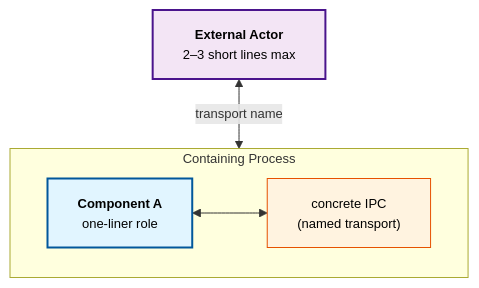
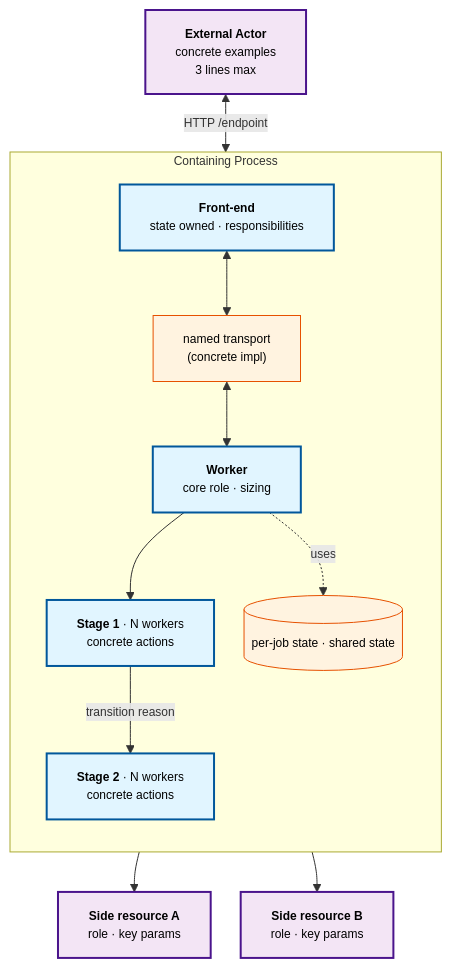
Before and after one commit to shikicloud/MLSys: the diagram in skills/wiki-format-skill/SKILL.md, drawn with Mermaid. The commit also changed other lines of this file and 4 other files, not shown here.

````diff
--- a/skills/wiki-format-skill/SKILL.md
+++ b/skills/wiki-format-skill/SKILL.md
@@ -557,17 +561,32 @@
 ```mermaid
-%%{init: {"flowchart": {"nodeSpacing": 40, "rankSpacing": 50}, "themeVariables": {"fontSize": "13px"}}}%%
+%%{init: {"flowchart": {"nodeSpacing": 30, "rankSpacing": 40}, "themeVariables": {"fontSize": "12px"}}}%%
 flowchart TB
     classDef ext fill:#f3e5f5,stroke:#4a148c,stroke-width:2px,color:#000
     classDef svc fill:#e1f5ff,stroke:#01579b,stroke-width:2px,color:#000
     classDef state fill:#fff3e0,stroke:#e65100,stroke-width:1px,color:#000
 
-    Trainer["<b>External Actor</b><br/>2–3 short lines max"]:::ext
+    Trainer["<b>External Actor</b><br/>concrete examples<br/>3 lines max"]:::ext
 
     subgraph Server["Containing Process"]
-        Component1["<b>Component A</b><br/>one-liner role"]:::svc
-        Component2["concrete IPC<br/>(named transport)"]:::state
-        Component1 <--> Component2
+        direction TB
+        FrontEnd["<b>Front-end</b><br/>state owned · responsibilities"]:::svc
+        IPC["named transport<br/>(concrete impl)"]:::state
+        Worker["<b>Worker</b><br/>core role · sizing"]:::svc
+        Stage1["<b>Stage 1</b> · N workers<br/>concrete actions"]:::svc
+        Stage2["<b>Stage 2</b> · N workers<br/>concrete actions"]:::svc
+        State[("per-job state · shared state")]:::state
+
+        FrontEnd <--> IPC
+        IPC <--> Worker
+        Worker --> Stage1
+        Stage1 -->|"transition reason"| Stage2
+        Worker -.uses.-> State
     end
 
-    Trainer <-->|"transport name"| Server
+    SideResource1["<b>Side resource A</b><br/>role · key params"]:::ext
+    SideResource2["<b>Side resource B</b><br/>role · key params"]:::ext
+
+    Trainer <-->|"HTTP /endpoint"| Server
+    Worker --> SideResource1
+    Worker --> SideResource2
 ```
````
